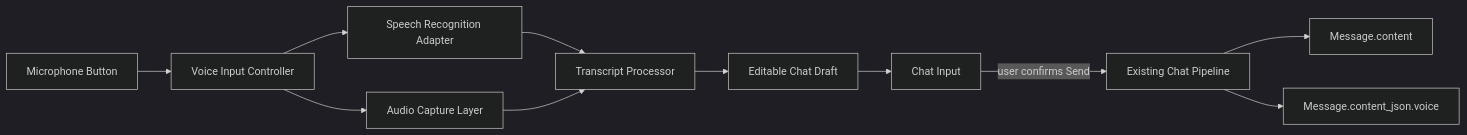
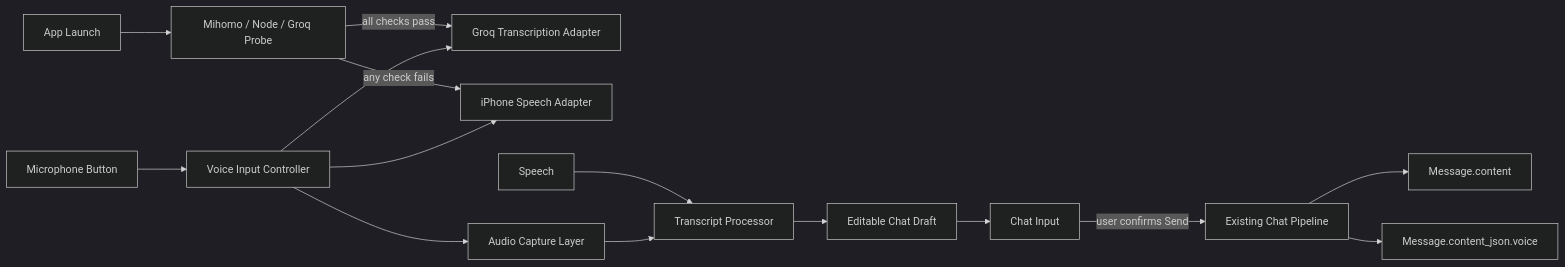
The diagram in VOICE_INPUT_ARCHITECTURE.md (russel-the-menace/Chatterra), drawn with Mermaid (dark theme) before and after one commit. The commit also changed other lines of this file and 10 other files, not shown here.

Commit message:
Probe voice capability before transcription

````diff
--- a/VOICE_INPUT_ARCHITECTURE.md
+++ b/VOICE_INPUT_ARCHITECTURE.md
@@ -10,13 +10,17 @@
 ```mermaid
 flowchart LR
+    Launch[App Launch] --> Probe[Mihomo / Node / Groq Probe]
+    Probe -->|all checks pass| Cloud[Groq Transcription Adapter]
+    Probe -->|any check fails| Local[iPhone Speech Adapter]
     Mic[Microphone Button] --> Controller[Voice Input Controller]
     Controller --> Capture[Audio Capture Layer]
-    Controller --> Speech[Speech Recognition Adapter]
+    Controller --> Cloud
+    Controller --> Local
     Speech --> Transcript[Transcript Processor]
     Capture --> Transcript
     Transcript --> Draft[Editable Chat Draft]
     Draft --> Input[Chat Input]
     Input -->|user confirms Send| Chat[Existing Chat Pipeline]
     Chat --> Message[Message.content]
     Chat --> Metadata[Message.content_json.voice]
 ```
````
